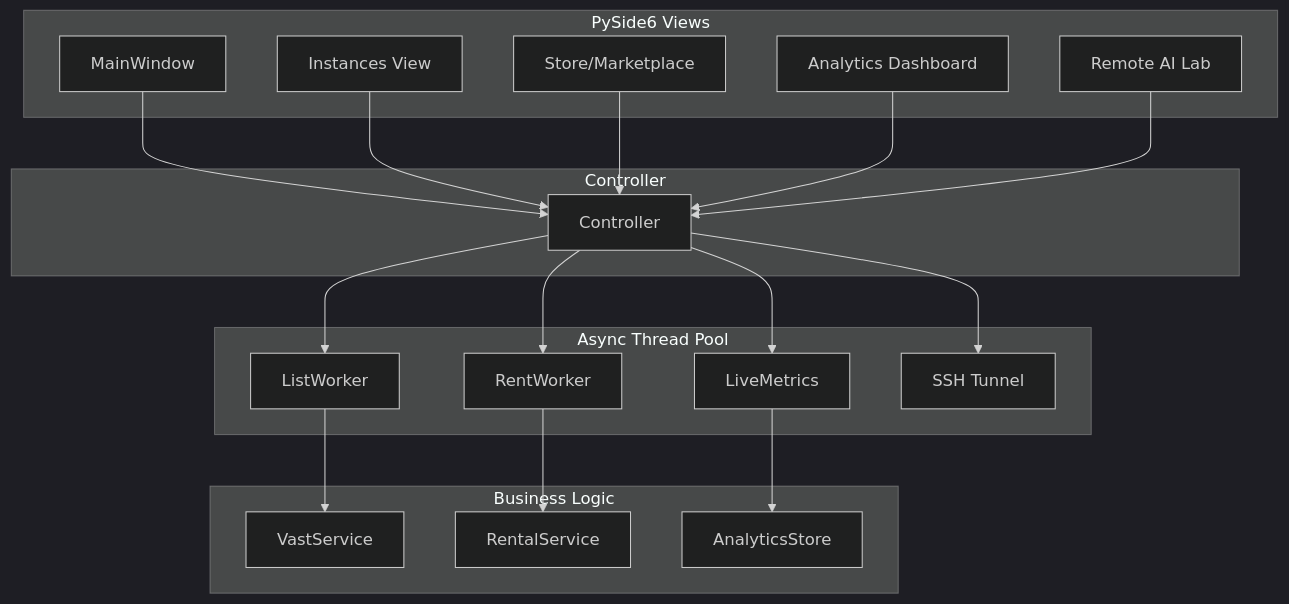
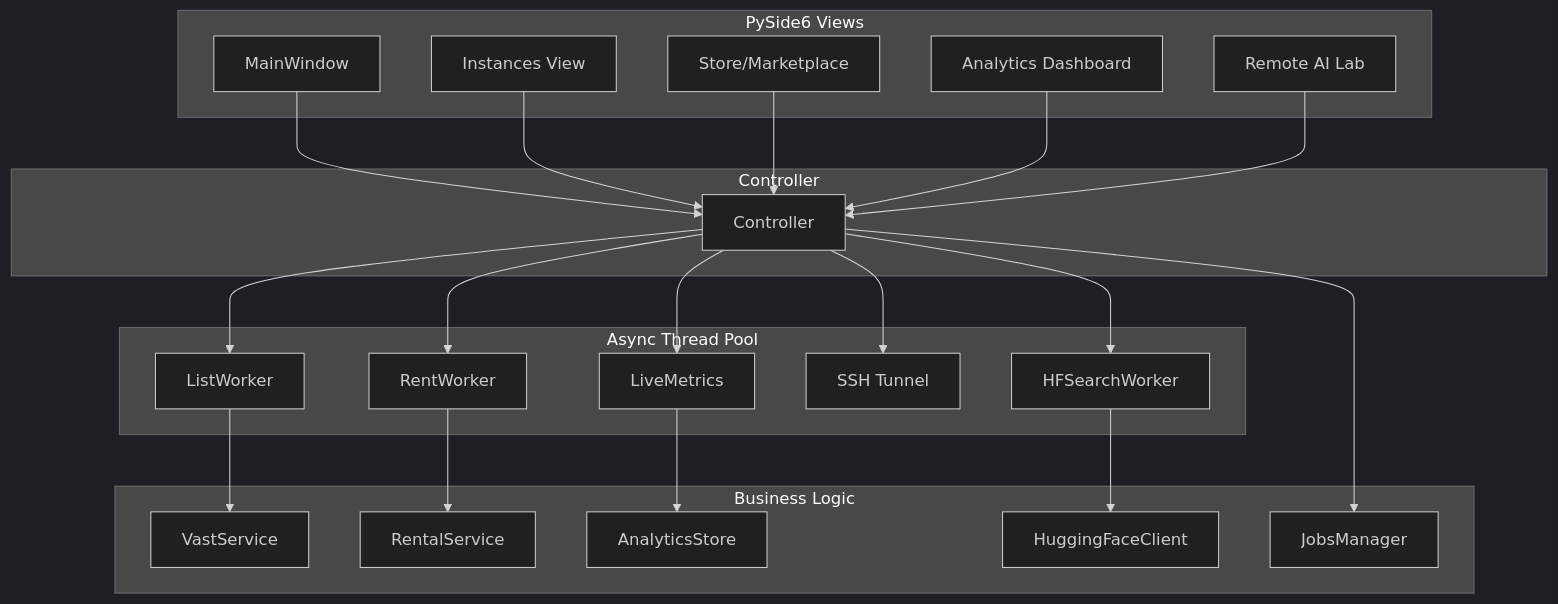
Before and after one commit to Haz4rdovisk/vast.ai-manager: the diagram in README.md, drawn with Mermaid (dark theme). The commit also changed other lines of this file, not shown here.

````diff
--- a/README.md
+++ b/README.md
@@ -120,40 +90,46 @@
 ```mermaid
 graph TB
     subgraph UI Layer [PySide6 Views]
         A[MainWindow]
         B[Instances View]
         C[Store/Marketplace]
         D[Analytics Dashboard]
         E[Remote AI Lab]
     end
     
     subgraph Controller
         F[Controller]
     end
     
     subgraph Workers [Async Thread Pool]
         G[ListWorker]
         H[RentWorker]
         I[LiveMetrics]
         J[SSH Tunnel]
+        N[HFSearchWorker]
     end
     
     subgraph Services [Business Logic]
         K[VastService]
         L[RentalService]
         M[AnalyticsStore]
+        O[HuggingFaceClient]
+        P[JobsManager]
     end
     
     A --> F
     B --> F
     C --> F
     D --> F
     E --> F
     F --> G
     F --> H
     F --> I
     F --> J
+    F --> N
     G --> K
     H --> L
     I --> M
+    N --> O
+    F --> P
 ```
````
